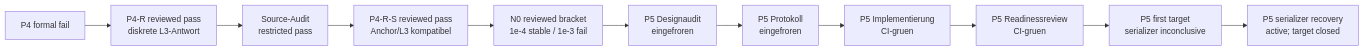
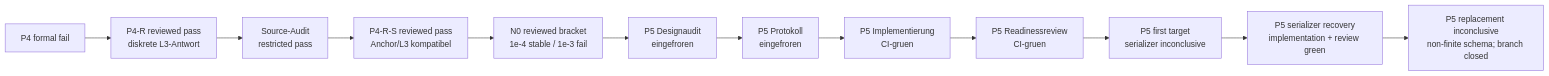
One commit to MemoryDynamics/Knoten changed the diagram in docs/status/project_priorities.md. Above: the diagram before and after it, drawn with Mermaid. The commit also changed other lines of this file and 11 other files, not shown here.

````diff
--- a/docs/status/project_priorities.md
+++ b/docs/status/project_priorities.md
@@ -32,16 +34,17 @@
 ```mermaid
 flowchart LR
     p4["P4 formal fail"]
     p4r["P4-R reviewed pass<br/>diskrete L3-Antwort"]
     source["Source-Audit<br/>restricted pass"]
     p4rs["P4-R-S reviewed pass<br/>Anchor/L3 kompatibel"]
     n0["N0 reviewed bracket<br/>1e-4 stable / 1e-3 fail"]
     p5d["P5 Designaudit<br/>eingefroren"]
     p5p["P5 Protokoll<br/>eingefroren"]
     p5i["P5 Implementierung<br/>CI-gruen"]
     p5r["P5 Readinessreview<br/>CI-gruen"]
     p5t["P5 first target<br/>serializer inconclusive"]
-    p5x["P5 serializer recovery<br/>active; target closed"]
+    p5x["P5 serializer recovery<br/>implementation + review green"]
+    p5y["P5 replacement inconclusive<br/>non-finite schema; branch closed"]
 
-    p4 --> p4r --> source --> p4rs --> n0 --> p5d --> p5p --> p5i --> p5r --> p5t --> p5x
+    p4 --> p4r --> source --> p4rs --> n0 --> p5d --> p5p --> p5i --> p5r --> p5t --> p5x --> p5y
 ```
````
